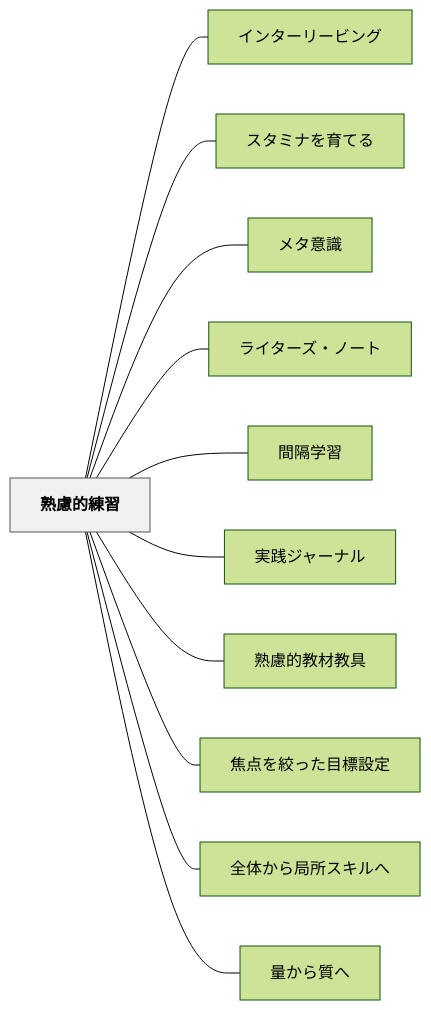
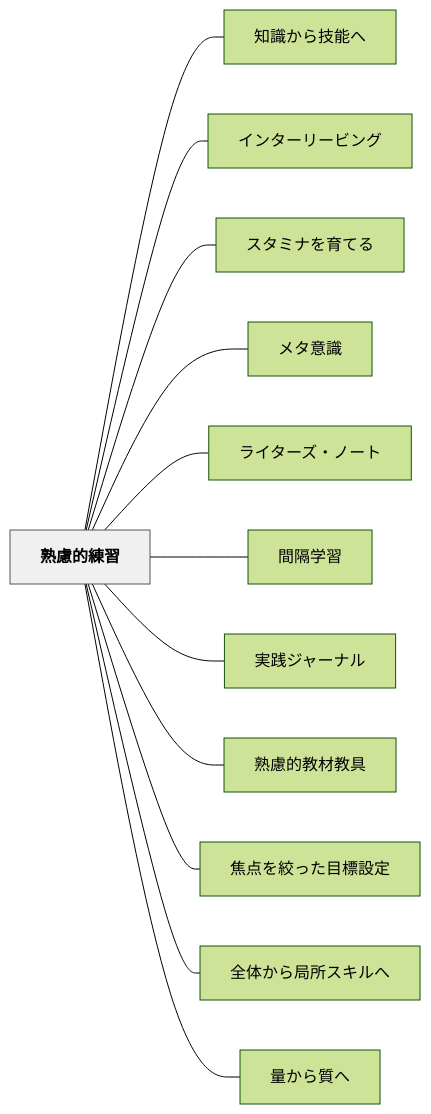
One commit to unknownthings-ed-patterns/unknownthings-ed-patterns changed the diagram in content/パタン/熟慮的練習.md. Above: the diagram before and after it, drawn with Mermaid (forest theme). The commit also changed other lines of this file and 100 other files, not shown here.

````diff
--- a/content/パタン/熟慮的練習.md
+++ b/content/パタン/熟慮的練習.md
@@ -71,28 +72,30 @@
 ```mermaid
 flowchart LR
     ne7869fe685aee79a84e7b7b4e7bf92["熟慮的練習"]
+    ne79fa5e8ad98e3818be38289e68a80e883bde381b8["知識から技能へ"]
     ne382a4e383b3e382bfe383bce383aae383bce38393e383b3e382b0["インターリービング"]
     ne382b9e382bfe3839fe3838ae38292e882b2e381a6e3828b["スタミナを育てる"]
     ne383a1e382bfe6848fe8ad98["メタ意識"]
     ne383a9e382a4e382bfe383bce382bae383bbe3838ee383bce38388["ライターズ・ノート"]
     ne99693e99a94e5ada6e7bf92["間隔学習"]
     ne5ae9fe8b7b5e382b8e383a3e383bce3838ae383ab["実践ジャーナル"]
     ne7869fe685aee79a84e69599e69d90e69599e585b7["熟慮的教材教具"]
     ne784a6e782b9e38292e7b59ee381a3e3819fe79baee6a899e8a8ade5ae9a["焦点を絞った目標設定"]
     ne585a8e4bd93e3818be38289e5b180e68980e382b9e382ade383abe381b8["全体から局所スキルへ"]
     ne9878fe3818be38289e8b3aae381b8["量から質へ"]
 
+    ne7869fe685aee79a84e7b7b4e7bf92 --- ne79fa5e8ad98e3818be38289e68a80e883bde381b8
     ne7869fe685aee79a84e7b7b4e7bf92 --- ne382a4e383b3e382bfe383bce383aae383bce38393e383b3e382b0
     ne7869fe685aee79a84e7b7b4e7bf92 --- ne382b9e382bfe3839fe3838ae38292e882b2e381a6e3828b
     ne7869fe685aee79a84e7b7b4e7bf92 --- ne383a1e382bfe6848fe8ad98
     ne7869fe685aee79a84e7b7b4e7bf92 --- ne383a9e382a4e382bfe383bce382bae383bbe3838ee383bce38388
     ne7869fe685aee79a84e7b7b4e7bf92 --- ne99693e99a94e5ada6e7bf92
     ne7869fe685aee79a84e7b7b4e7bf92 --- ne5ae9fe8b7b5e382b8e383a3e383bce3838ae383ab
     ne7869fe685aee79a84e7b7b4e7bf92 --- ne7869fe685aee79a84e69599e69d90e69599e585b7
     ne7869fe685aee79a84e7b7b4e7bf92 --- ne784a6e782b9e38292e7b59ee381a3e3819fe79baee6a899e8a8ade5ae9a
     ne7869fe685aee79a84e7b7b4e7bf92 --- ne585a8e4bd93e3818be38289e5b180e68980e382b9e382ade383abe381b8
     ne7869fe685aee79a84e7b7b4e7bf92 --- ne9878fe3818be38289e8b3aae381b8
 
     classDef hub fill:#f0f0f0,stroke:#555,color:#000,font-weight:bold
     class ne7869fe685aee79a84e7b7b4e7bf92 hub
 ```
````
